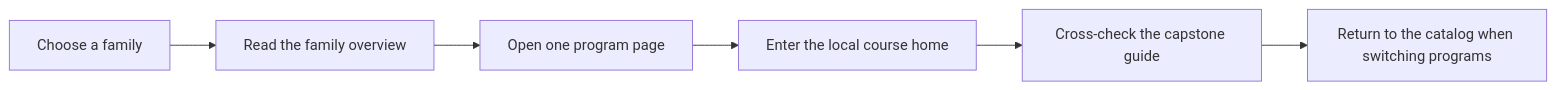
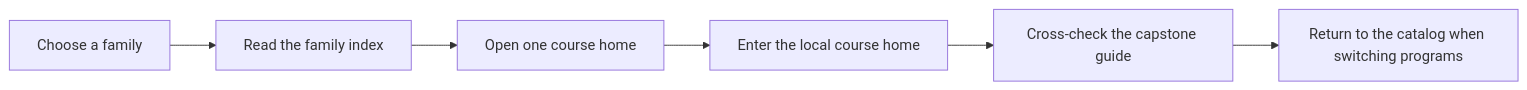
The second of 2 diagrams in docs/index.md (bijux/bijux-masterclass), drawn with Mermaid before and after one commit. The commit also changed other lines of this file and 14 other files, not shown here.

````diff
--- a/docs/index.md
+++ b/docs/index.md
@@ -51,8 +51,8 @@
 ```mermaid
 flowchart LR
-  home["Choose a family"] --> family["Read the family overview"]
-  family --> program["Open one program page"]
+  home["Choose a family"] --> family["Read the family index"]
+  family --> program["Open one course home"]
   program --> course["Enter the local course home"]
   course --> capstone["Cross-check the capstone guide"]
   capstone --> review["Return to the catalog when switching programs"]
 ```
````
